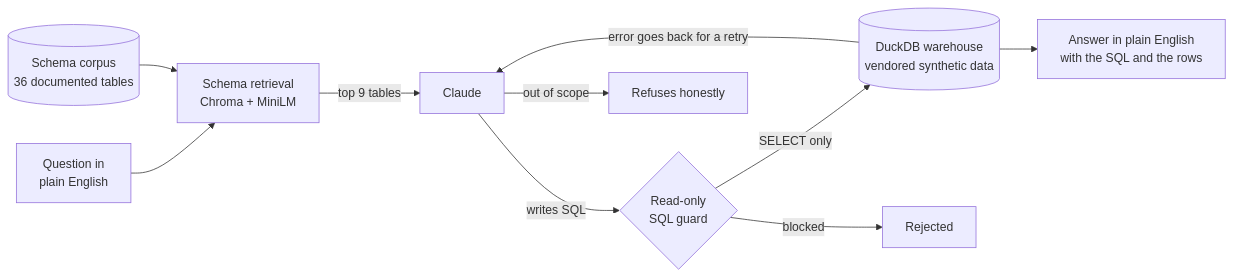
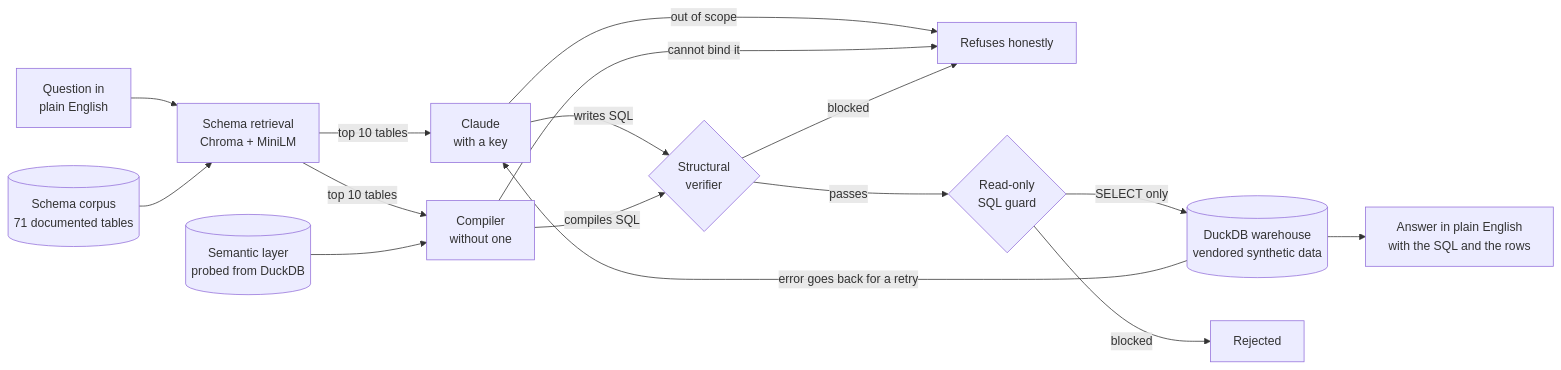
Before and after one commit to KushPatel29/ask-your-data: the diagram in README.md, drawn with Mermaid. The commit also changed other lines of this file and 2 other files, not shown here.

````diff
--- a/README.md
+++ b/README.md
@@ -99,12 +238,18 @@
 ```mermaid
 flowchart LR
     Q[Question in<br/>plain English] --> SR[Schema retrieval<br/>Chroma + MiniLM]
-    C[(Schema corpus<br/>36 documented tables)] --> SR
-    SR -->|top 9 tables| A[Claude]
-    A -->|"writes SQL"| G{Read-only<br/>SQL guard}
+    C[(Schema corpus<br/>71 documented tables)] --> SR
+    SR -->|"top 10 tables"| A[Claude<br/>with a key]
+    SR -->|"top 10 tables"| P[Compiler<br/>without one]
+    L[(Semantic layer<br/>probed from DuckDB)] --> P
+    A -->|"writes SQL"| V{Structural<br/>verifier}
+    P -->|"compiles SQL"| V
     A -->|"out of scope"| R[Refuses honestly]
+    P -->|"cannot bind it"| R
+    V -->|"passes"| G{Read-only<br/>SQL guard}
+    V -->|"blocked"| R
     G -->|"SELECT only"| W[(DuckDB warehouse<br/>vendored synthetic data)]
     G -->|"blocked"| X[Rejected]
     W -->|"error goes back for a retry"| A
     W --> S[Answer in plain English<br/>with the SQL and the rows]
 ```
````
